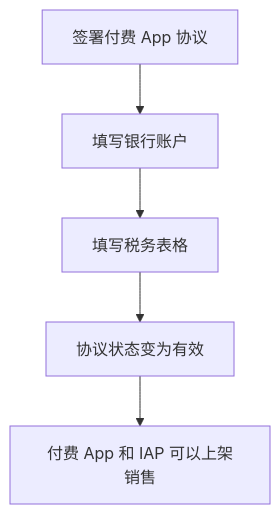
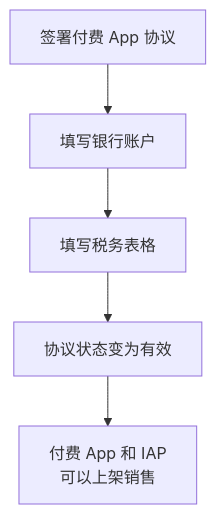
One commit to jarvis-pro/hatch-shelf changed the diagram in books/going-global/04-app-store-global.md. Above: the diagram before and after it, drawn with Mermaid. The commit also changed 432 other files, not shown here.

````diff
--- a/books/going-global/04-app-store-global.md
+++ b/books/going-global/04-app-store-global.md
@@ -28,7 +28,7 @@
 ```mermaid
 flowchart TD
   A["签署付费 App 协议"] --> B["填写银行账户"]
   B --> C["填写税务表格"]
   C --> D["协议状态变为有效"]
-  D --> E["付费 App 和 IAP 可以上架销售"]
+  D --> E["付费 App 和 IAP<br/>可以上架销售"]
 ```
````
